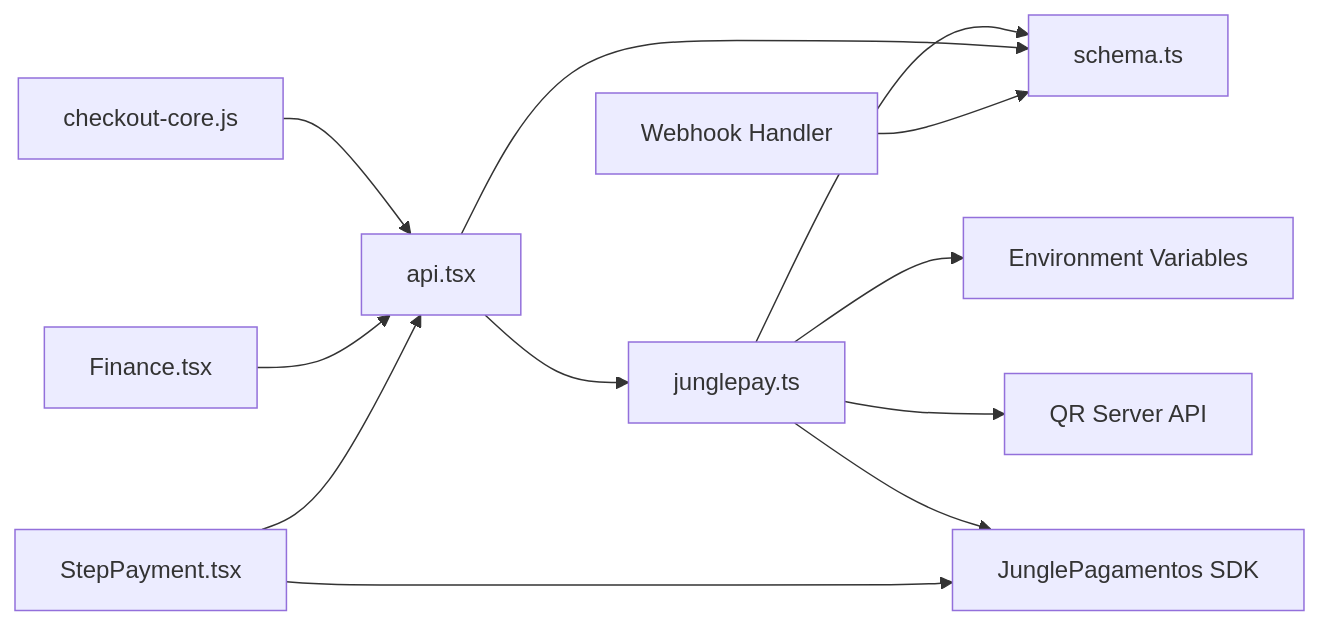
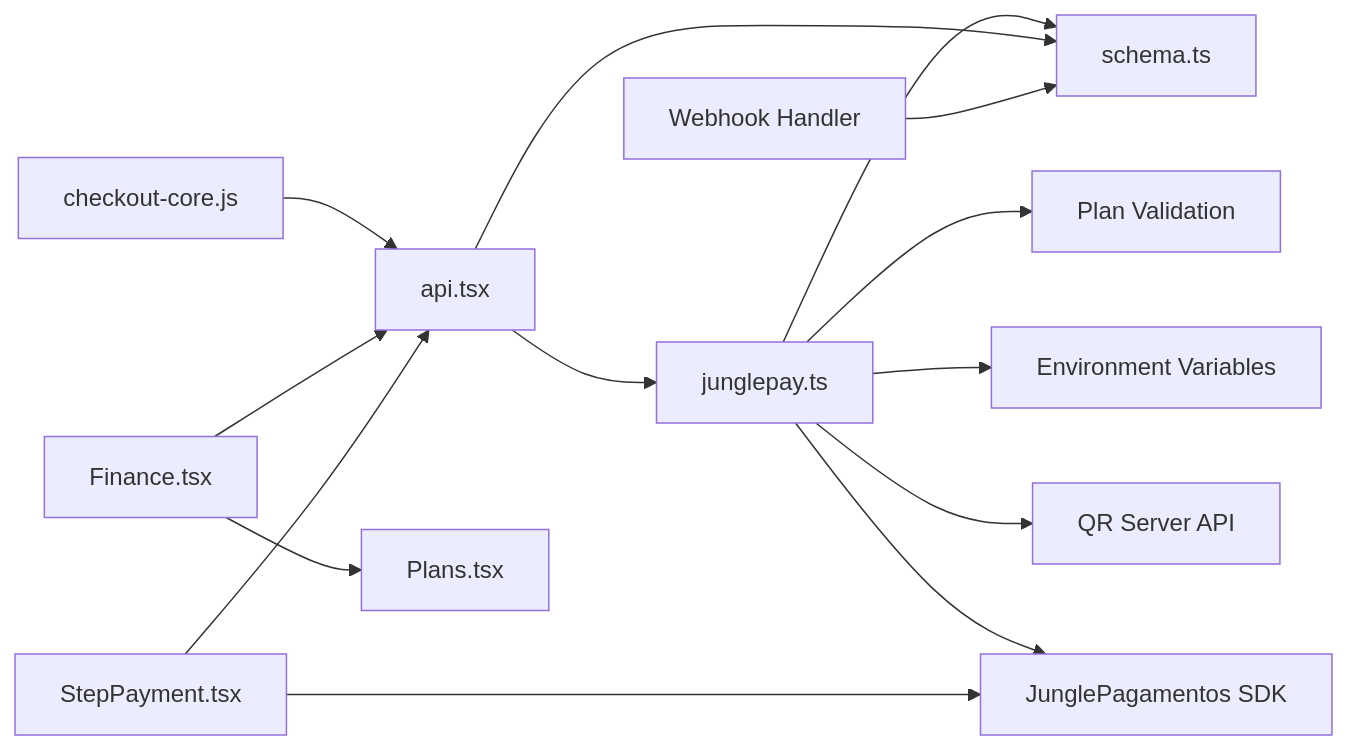
Before and after one commit to eromedrive2tb-gif/Avitrine: the sixth of 6 diagrams in .qoder/repowiki/en/content/Payment Processing System/JunglePay Gateway Integration.md, drawn with Mermaid. The commit also changed other lines of this file and 18 other files, not shown here.

````diff
--- a/.qoder/repowiki/en/content/Payment Processing System/JunglePay Gateway Integration.md
+++ b/.qoder/repowiki/en/content/Payment Processing System/JunglePay Gateway Integration.md
@@ -647,14 +763,16 @@
 ```mermaid
 graph LR
 CheckoutJS["checkout-core.js"] --> API["api.tsx"]
 API --> Service["junglepay.ts"]
 Service --> DB["schema.ts"]
+Service --> Plan["Plan Validation"]
 Service --> Env["Environment Variables"]
 Service --> QRServer["QR Server API"]
 Service --> TokenSDK["JunglePagamentos SDK"]
 API --> DB
 AdminUI["Finance.tsx"] --> API
+AdminUI --> Plans["Plans.tsx"]
 Webhook["Webhook Handler"] --> DB
 StepPayment["StepPayment.tsx"] --> API
 StepPayment --> TokenSDK
 ```
````
